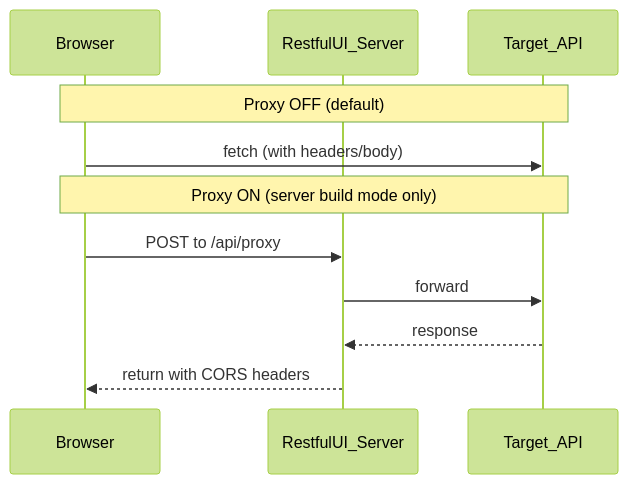
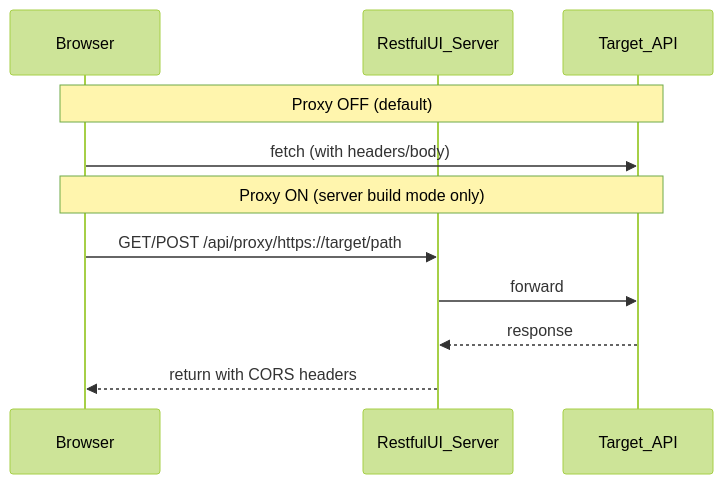
The diagram in docs/network-and-security.md (funkjk/restful-ui), drawn with Mermaid (forest theme) before and after one commit. The commit also changed other lines of this file and 11 other files, not shown here.

````diff
--- a/docs/network-and-security.md
+++ b/docs/network-and-security.md
@@ -40,15 +49,15 @@
 ```mermaid
 sequenceDiagram
   participant Browser
   participant RestfulUI as RestfulUI_Server
   participant TargetAPI as Target_API
 
   Note over Browser,TargetAPI: Proxy OFF (default)
   Browser->>TargetAPI: fetch (with headers/body)
 
   Note over Browser,TargetAPI: Proxy ON (server build mode only)
-  Browser->>RestfulUI: POST to /api/proxy
+  Browser->>RestfulUI: GET/POST /api/proxy/https://target/path
   RestfulUI->>TargetAPI: forward
   TargetAPI-->>RestfulUI: response
   RestfulUI-->>Browser: return with CORS headers
 ```
````
